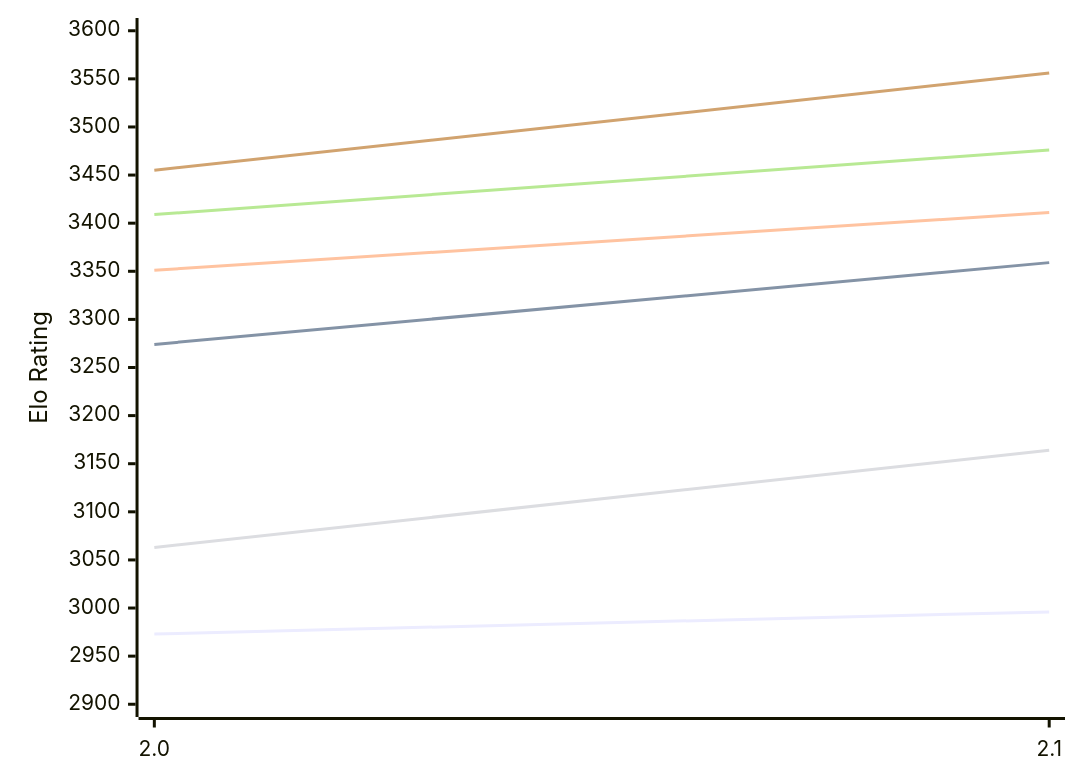
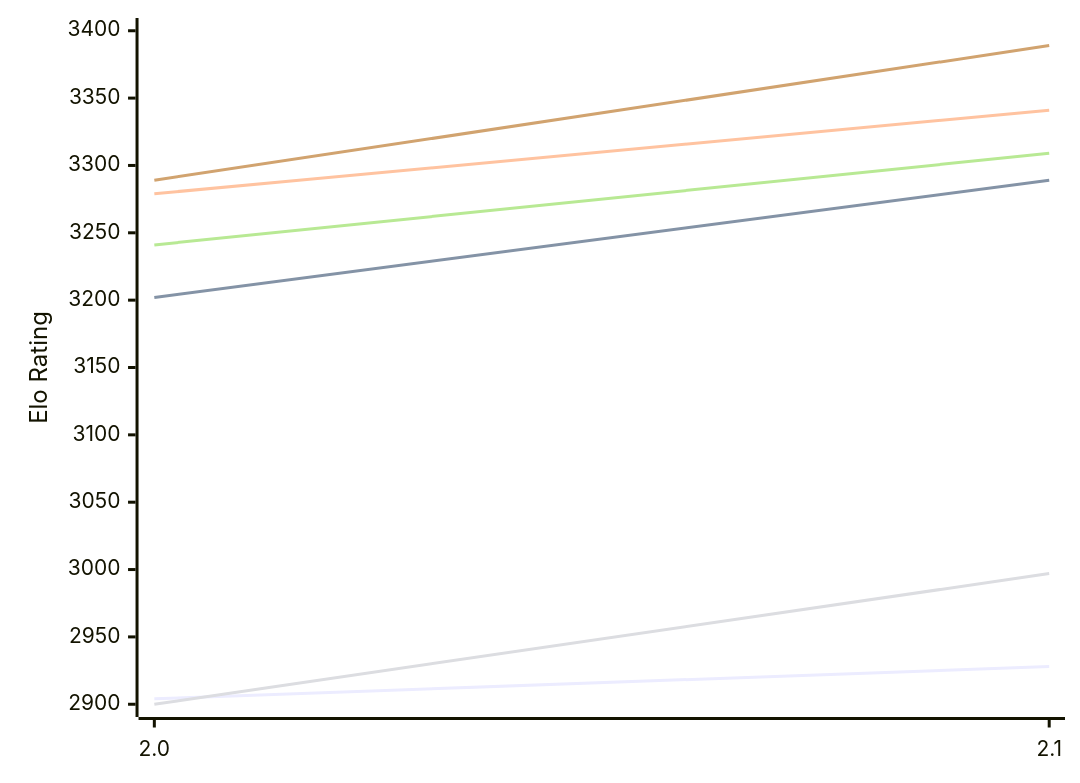
One commit to computer-chess-index/cci changed the first of 2 diagrams in engines/Onslaught.md. Above: the diagram before and after it, drawn with Mermaid. The commit also changed other lines of this file, not shown here.

Commit message:
Update CCI Ratings (ELO VLTC) - 2026-11-13

````diff
--- a/engines/Onslaught.md
+++ b/engines/Onslaught.md
@@ -50,12 +50,12 @@
 ```mermaid
 %%{init: {"theme":"base","themeVariables":{"seriesColors:['#a3a3a3','#222221','#faa371']}}}%%
 xychart-beta
   x-axis ["2.0", "2.1"]
-  y-axis "Elo Rating" 2900 --> 3600
-  line "E1: STC (8.0+0.08s)" [2973, 2996]
-  line "E1: LTC (60.0+0.60s)" [3274, 3359]
-  line "E1: VLTC (2m24s+1.12s)" [3351, 3411]
-  line "P1: STC (8.0+0.08s)" [3063, 3164]
-  line "P1: LTC (60.0+0.60s)" [3409, 3476]
-  line "P1: VLTC (2m24s+1.12s)" [3455, 3556]
+  y-axis "Elo Rating" 2900 --> 3400
+  line "E1: STC (8.0+0.08s)" [2904, 2928]
+  line "E1: LTC (60.0+0.60s)" [3202, 3289]
+  line "E1: VLTC (2m24s+1.12s)" [3279, 3341]
+  line "P1: STC (8.0+0.08s)" [2900, 2997]
+  line "P1: LTC (60.0+0.60s)" [3241, 3309]
+  line "P1: VLTC (2m24s+1.12s)" [3289, 3389]
 ```
````
